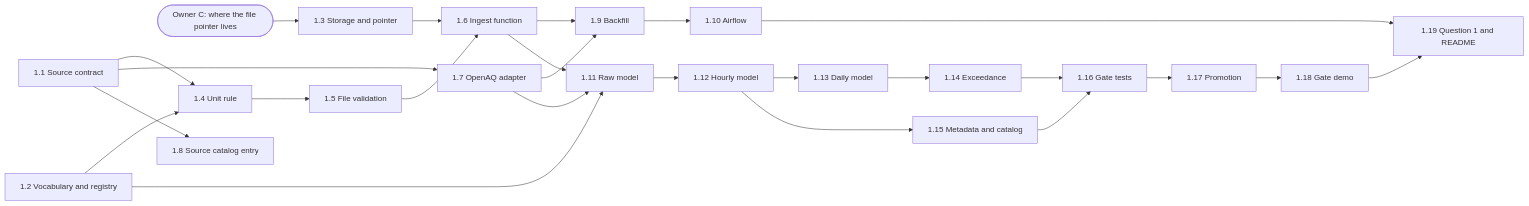
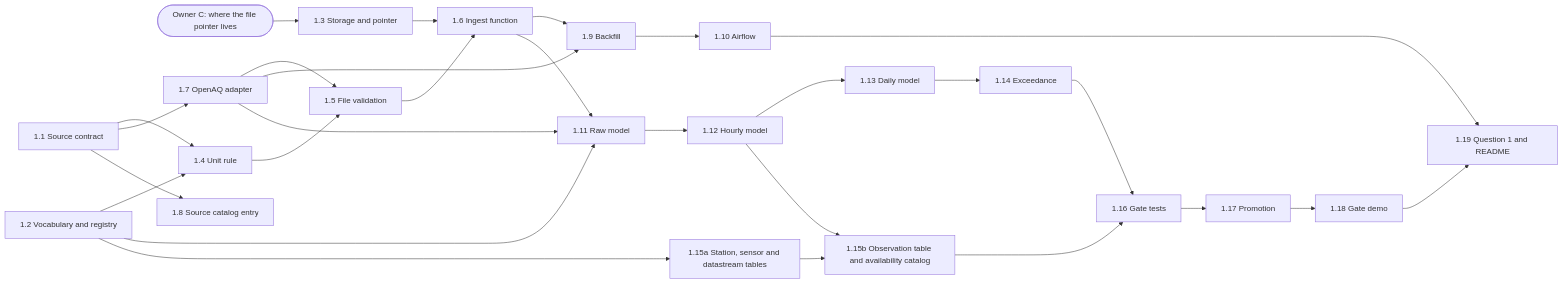
One commit to ShreyNiraula/air-quality-lakehouse changed the second of 6 diagrams in ROADMAP.md. Above: the diagram before and after it, drawn with Mermaid. The commit also changed other lines of this file and 1 other file, not shown here.

````diff
--- a/ROADMAP.md
+++ b/ROADMAP.md
@@ -105,47 +105,51 @@
 ```mermaid
 flowchart LR
   oC(["Owner C: where the file pointer lives"])
   t1_1["1.1 Source contract"]
   t1_2["1.2 Vocabulary and registry"]
   t1_3["1.3 Storage and pointer"]
   t1_4["1.4 Unit rule"]
   t1_5["1.5 File validation"]
   t1_6["1.6 Ingest function"]
   t1_7["1.7 OpenAQ adapter"]
   t1_8["1.8 Source catalog entry"]
   t1_9["1.9 Backfill"]
   t1_10["1.10 Airflow"]
   t1_11["1.11 Raw model"]
   t1_12["1.12 Hourly model"]
   t1_13["1.13 Daily model"]
   t1_14["1.14 Exceedance"]
-  t1_15["1.15 Metadata and catalog"]
+  t1_15a["1.15a Station, sensor and datastream tables"]
+  t1_15b["1.15b Observation table and availability catalog"]
   t1_16["1.16 Gate tests"]
   t1_17["1.17 Promotion"]
   t1_18["1.18 Gate demo"]
   t1_19["1.19 Question 1 and README"]
   oC --> t1_3
   t1_1 --> t1_4
   t1_2 --> t1_4
   t1_4 --> t1_5
+  t1_7 --> t1_5
   t1_3 --> t1_6
   t1_5 --> t1_6
   t1_1 --> t1_7
   t1_1 --> t1_8
   t1_6 --> t1_9
   t1_7 --> t1_9
   t1_9 --> t1_10
   t1_2 --> t1_11
   t1_6 --> t1_11
   t1_7 --> t1_11
   t1_11 --> t1_12
   t1_12 --> t1_13
   t1_13 --> t1_14
-  t1_12 --> t1_15
+  t1_2 --> t1_15a
+  t1_12 --> t1_15b
+  t1_15a --> t1_15b
   t1_14 --> t1_16
-  t1_15 --> t1_16
+  t1_15b --> t1_16
   t1_16 --> t1_17
   t1_17 --> t1_18
   t1_10 --> t1_19
   t1_18 --> t1_19
 ```
````
